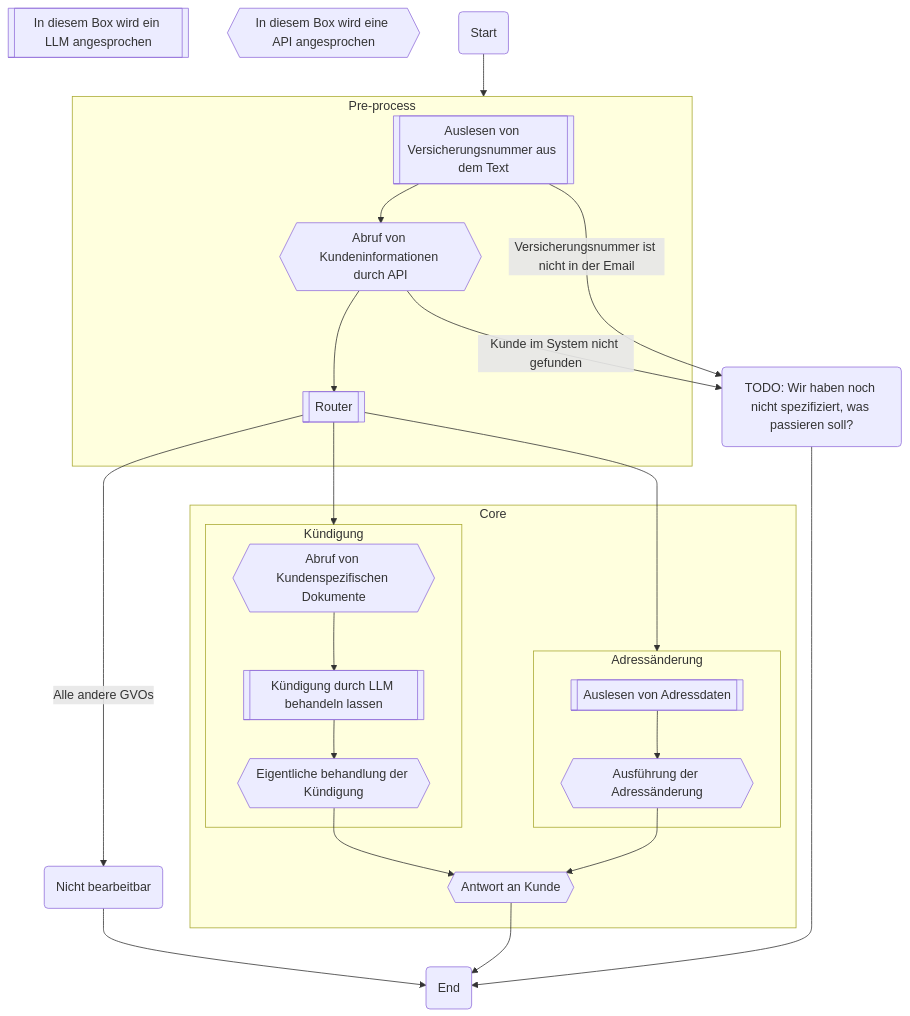
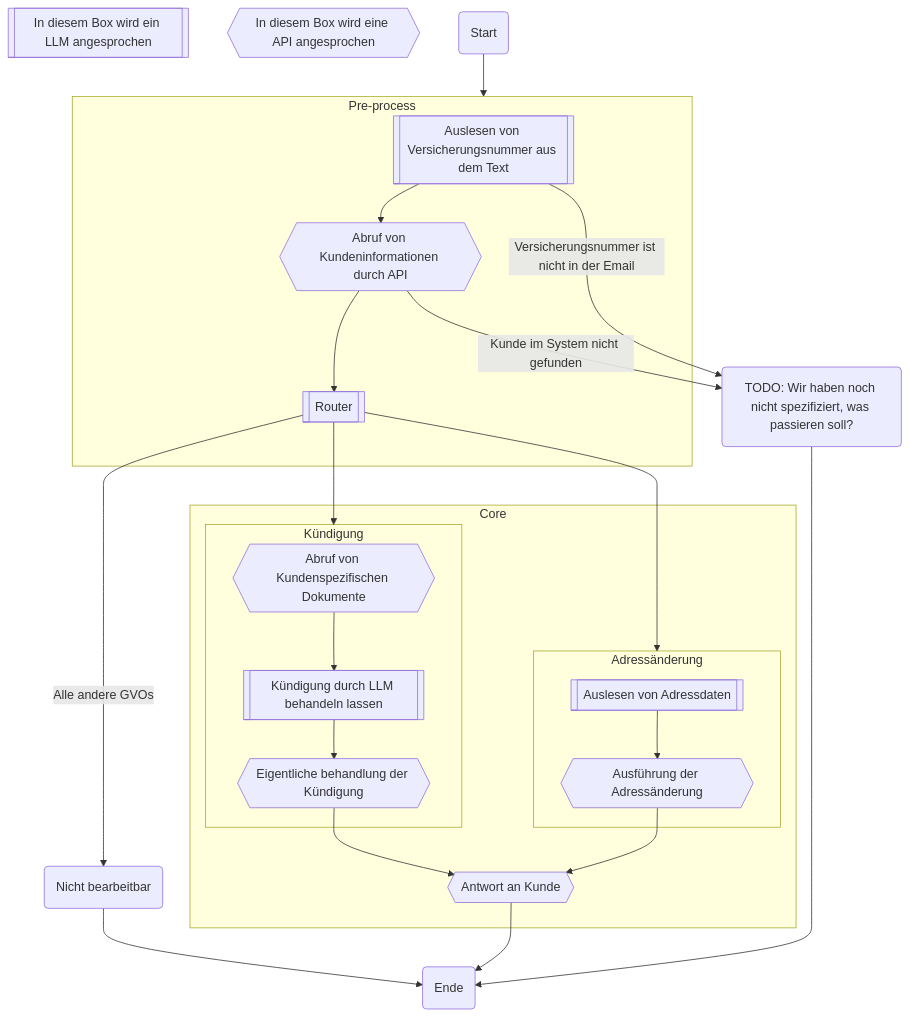
One commit to FausztBenedek/fcb-presentation-ki-workflow changed the first of 4 diagrams in slides.md. Above: the diagram before and after it, drawn with Mermaid. The commit also changed other lines of this file and 1 other file, not shown here.

````diff
--- a/slides.md
+++ b/slides.md
@@ -60,47 +72,47 @@
 ```mermaid
 
 graph TD
     %% Explanations:
     llm[[In diesem Box wird ein LLM angesprochen]]
     api_call{{In diesem Box wird eine API angesprochen}}
 
     __START__(Start)
     __START__ --> Pre-process
     subgraph Pre-process
         customer_data_extract[["Auslesen von Versicherungsnummer aus dem Text"]]
         fetch_customer_details{{"Abruf von Kundeninformationen durch API"}}
         router[["Router"]]
         customer_data_extract --> fetch_customer_details
         fetch_customer_details --> router
     end
     router -->|Alle andere GVOs| uncovered
     router --> Kündigung
     router --> Adressänderung
     subgraph Core
         subgraph Kündigung
             fetch_customer_documents{{"Abruf von Kundenspezifischen Dokumente"}}
-            termination_execute_prep[["Kündigung durch LLM behandeln lassen"]]
+            termination_handled_by_llm[["Kündigung durch LLM behandeln lassen"]]
             termination_handling{{"Eigentliche behandlung der Kündigung"}}
-            fetch_customer_documents --> termination_execute_prep
-            termination_execute_prep --> termination_handling
+            fetch_customer_documents --> termination_handled_by_llm
+            termination_handled_by_llm --> termination_handling
         end
         termination_handling --> answer
 
         subgraph Adressänderung
             address_data_extract[["Auslesen von Adressdaten"]]
             address_change_execute{{"Ausführung der Adressänderung"}}
             address_data_extract --> address_change_execute
         end
         address_change_execute --> answer
 
     end
     answer{{"Antwort an Kunde"}}
     todo_node("TODO: Wir haben noch nicht spezifiziert, was passieren soll?")
     fetch_customer_details --> |"Kunde im System nicht gefunden"|todo_node
     customer_data_extract --> |"Versicherungsnummer ist nicht in der Email"|todo_node
     answer --> __END__
     todo_node --> __END__
-    __END__(End)
+    __END__(Ende)
     uncovered("Nicht bearbeitbar") --> __END__;
 
 ```
````
